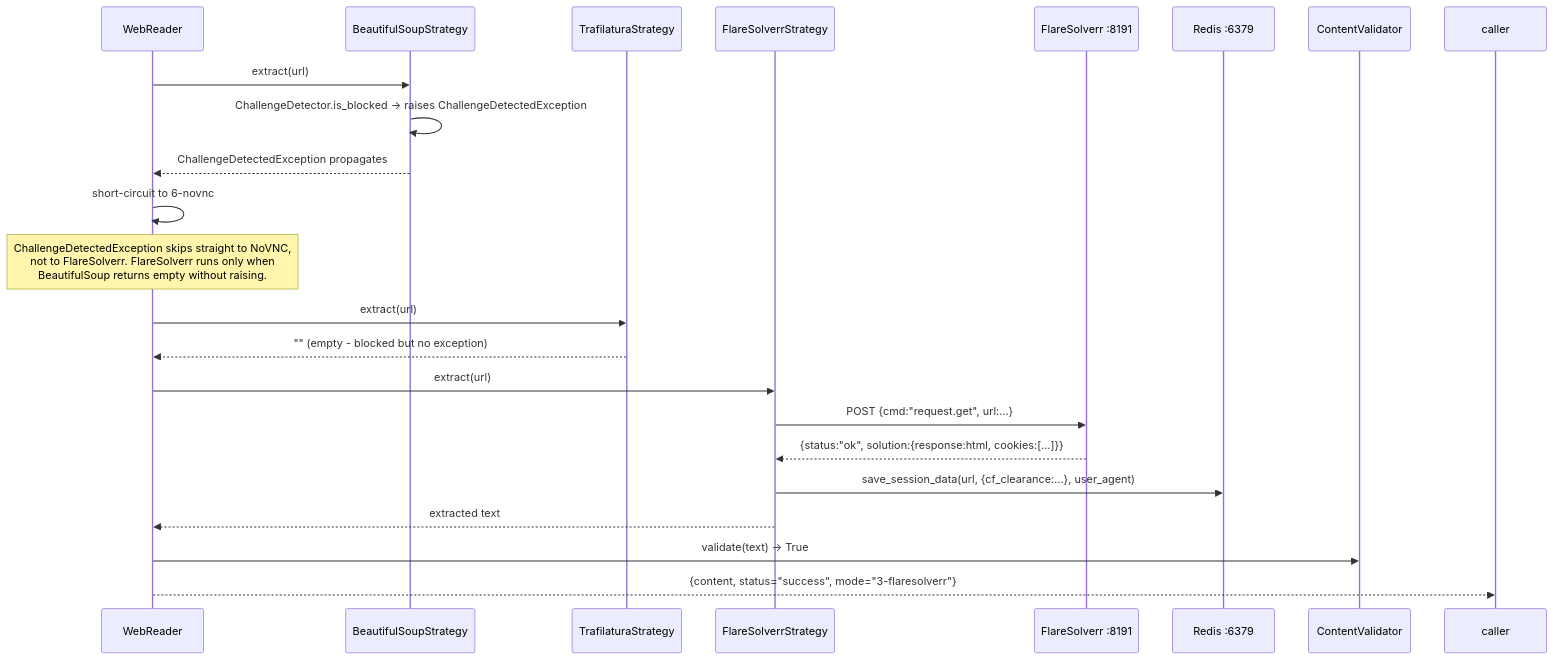
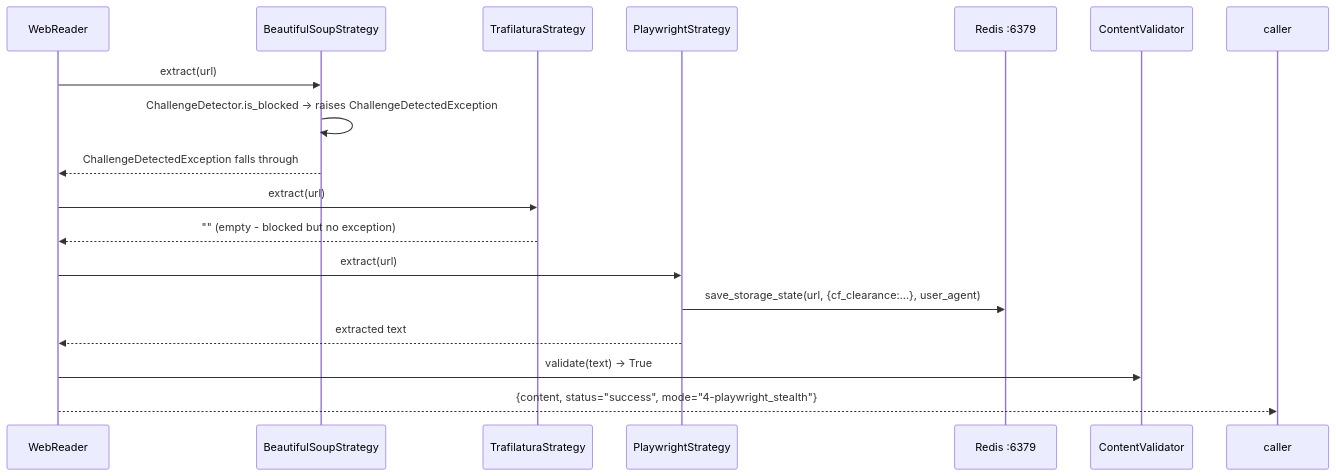
Before and after one commit to Lukk17/AscendAI: the fourth of 6 diagrams in apps/ascend-web-hunter/docs/architecture/arc42/06-runtime-view.md, drawn with Mermaid. The commit also changed other lines of this file and 84 other files, not shown here.

Commit message:
feat(web-hunter): remove the FlareSolverr tier

````diff
--- a/apps/ascend-web-hunter/docs/architecture/arc42/06-runtime-view.md
+++ b/apps/ascend-web-hunter/docs/architecture/arc42/06-runtime-view.md
@@ -83,25 +83,20 @@
 ```mermaid
 sequenceDiagram
     participant WR as WebReader
     participant BS as BeautifulSoupStrategy
     participant TR as TrafilaturaStrategy
-    participant FS as FlareSolverrStrategy
-    participant FlareSolverr as FlareSolverr :8191
+    participant PW as PlaywrightStrategy
     participant Redis as Redis :6379
     participant CV as ContentValidator
 
     WR->>BS: extract(url)
     BS->>BS: ChallengeDetector.is_blocked → raises ChallengeDetectedException
-    BS-->>WR: ChallengeDetectedException propagates
-    WR->>WR: short-circuit to 6-novnc
-    note over WR: ChallengeDetectedException skips straight to NoVNC,<br/>not to FlareSolverr. FlareSolverr runs only when<br/>BeautifulSoup returns empty without raising.
+    BS-->>WR: ChallengeDetectedException falls through
     WR->>TR: extract(url)
     TR-->>WR: "" (empty - blocked but no exception)
-    WR->>FS: extract(url)
-    FS->>FlareSolverr: POST {cmd:"request.get", url:...}
-    FlareSolverr-->>FS: {status:"ok", solution:{response:html, cookies:[...]}}
-    FS->>Redis: save_session_data(url, {cf_clearance:...}, user_agent)
-    FS-->>WR: extracted text
+    WR->>PW: extract(url)
+    PW->>Redis: save_storage_state(url, {cf_clearance:...}, user_agent)
+    PW-->>WR: extracted text
     WR->>CV: validate(text) → True
-    WR-->>caller: {content, status="success", mode="3-flaresolverr"}
+    WR-->>caller: {content, status="success", mode="4-playwright_stealth"}
 ```
````
